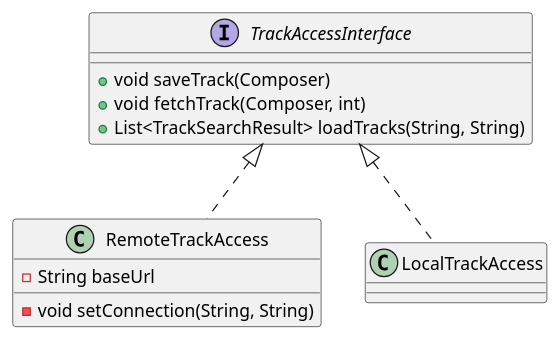
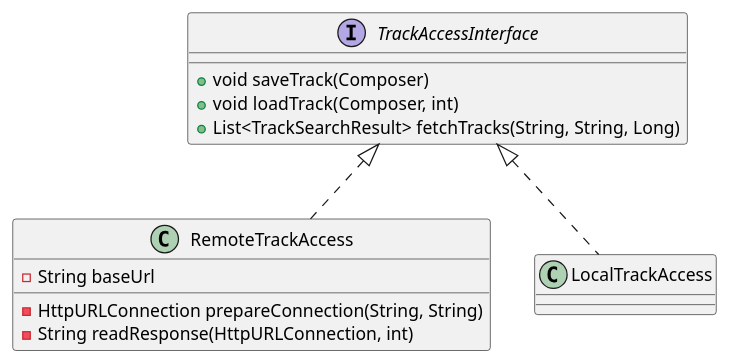
Before and after one commit to PeterJFB/drum-sequencer: the diagram in docs/release3/diagrams/trackAccess-class-diagram.md, drawn with PlantUML. The commit also changed 4 other files, not shown here.

Commit message:
Related to #108. Update class diagrams

````diff
--- a/docs/release3/diagrams/trackAccess-class-diagram.md
+++ b/docs/release3/diagrams/trackAccess-class-diagram.md
@@ -3,20 +3,21 @@
 ```plantuml
 
 interface TrackAccessInterface {
   + void saveTrack(Composer)
-  + void fetchTrack(Composer, int)
-  + List<TrackSearchResult> loadTracks(String, String)
+  + void loadTrack(Composer, int)
+  + List<TrackSearchResult> fetchTracks(String, String, Long)
 }
 
 class RemoteTrackAccess {
   - String baseUrl
-  - void setConnection(String, String)
+  - HttpURLConnection prepareConnection(String, String)
+  - String readResponse(HttpURLConnection, int)
 }
 
 class LocalTrackAccess {
 }
 
 TrackAccessInterface <|.. RemoteTrackAccess
 TrackAccessInterface <|.. LocalTrackAccess
 
 ```
````
